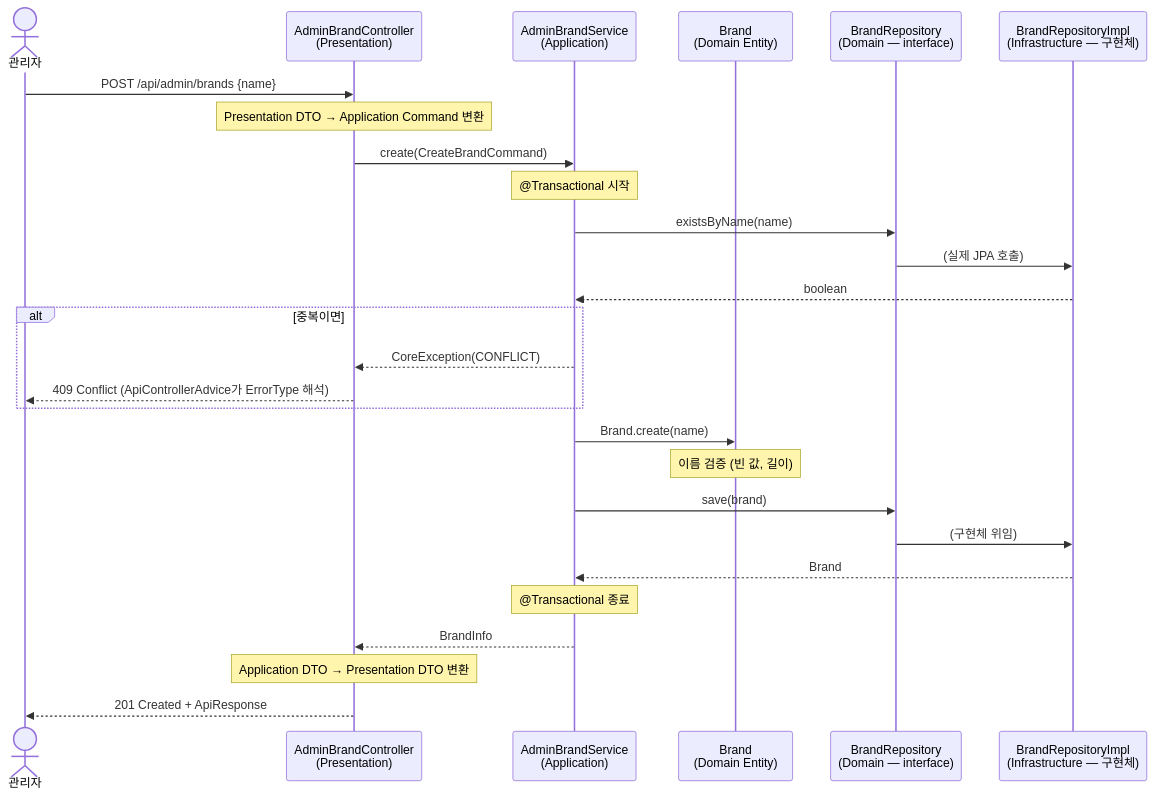
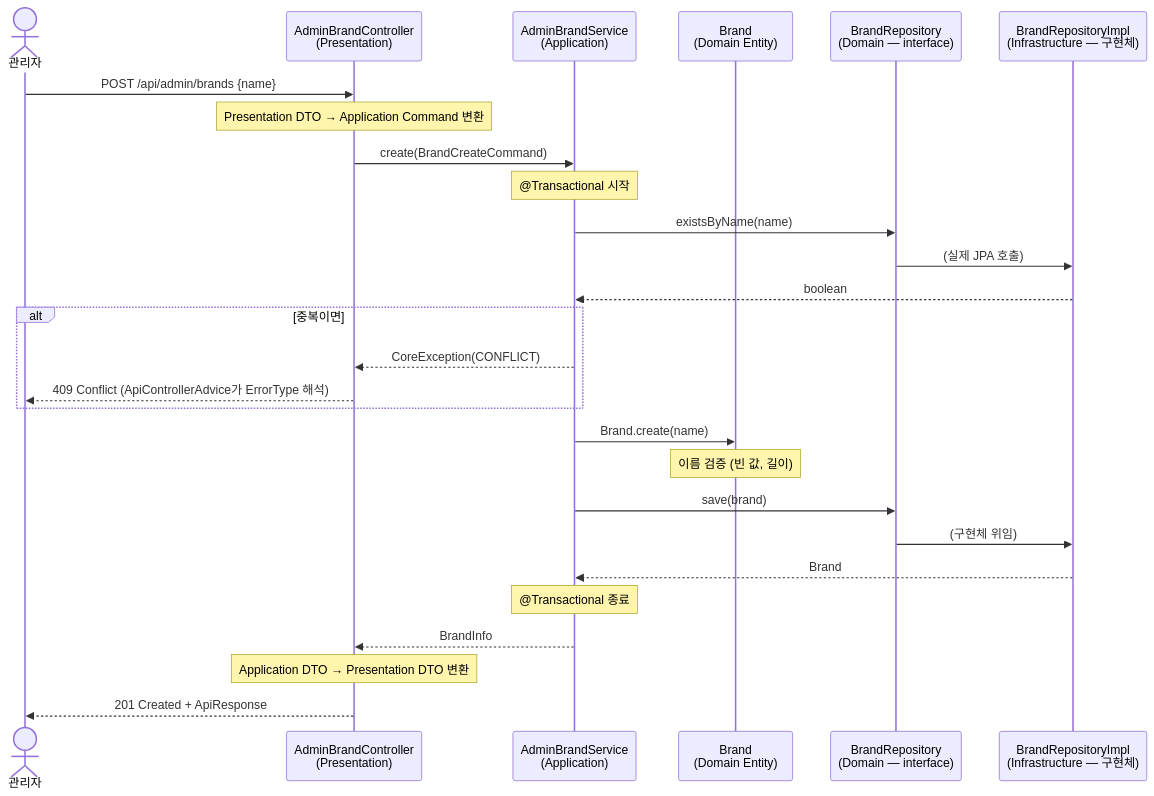
The sixth of 8 diagrams in docs/design/06-architecture.md (APapeIsName/loop-pack-be-l2-vol3-java), drawn with Mermaid before and after one commit. The commit also changed other lines of this file and 66 other files, not shown here.

````diff
--- a/docs/design/06-architecture.md
+++ b/docs/design/06-architecture.md
@@ -610,37 +614,37 @@
 ```mermaid
 sequenceDiagram
     actor A as 관리자
     participant CTRL as AdminBrandController<br/>(Presentation)
     participant SVC as AdminBrandService<br/>(Application)
     participant BRAND as Brand<br/>(Domain Entity)
     participant PORT as BrandRepository<br/>(Domain — interface)
     participant IMPL as BrandRepositoryImpl<br/>(Infrastructure — 구현체)
 
     A->>CTRL: POST /api/admin/brands {name}
     Note over CTRL: Presentation DTO → Application Command 변환
 
-    CTRL->>SVC: create(CreateBrandCommand)
+    CTRL->>SVC: create(BrandCreateCommand)
     Note over SVC: @Transactional 시작
 
     SVC->>PORT: existsByName(name)
     PORT->>IMPL: (실제 JPA 호출)
     IMPL-->>SVC: boolean
 
     alt 중복이면
         SVC-->>CTRL: CoreException(CONFLICT)
         CTRL-->>A: 409 Conflict (ApiControllerAdvice가 ErrorType 해석)
     end
 
     SVC->>BRAND: Brand.create(name)
     Note over BRAND: 이름 검증 (빈 값, 길이)
 
     SVC->>PORT: save(brand)
     PORT->>IMPL: (구현체 위임)
     IMPL-->>SVC: Brand
 
     Note over SVC: @Transactional 종료
 
     SVC-->>CTRL: BrandInfo
     Note over CTRL: Application DTO → Presentation DTO 변환
     CTRL-->>A: 201 Created + ApiResponse
 ```
````
